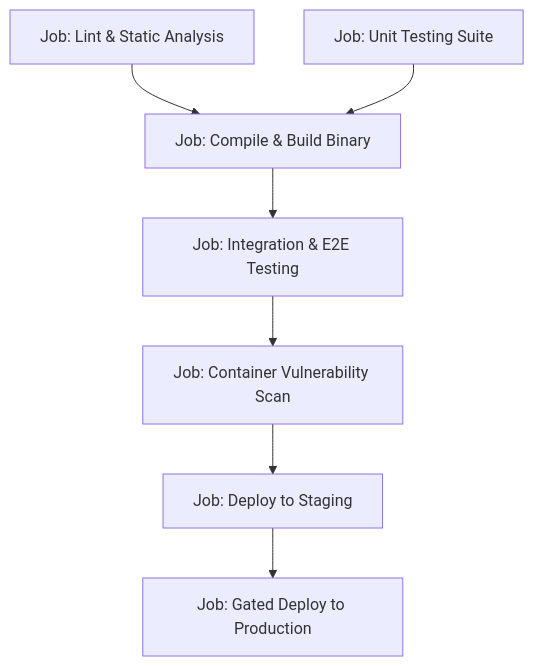
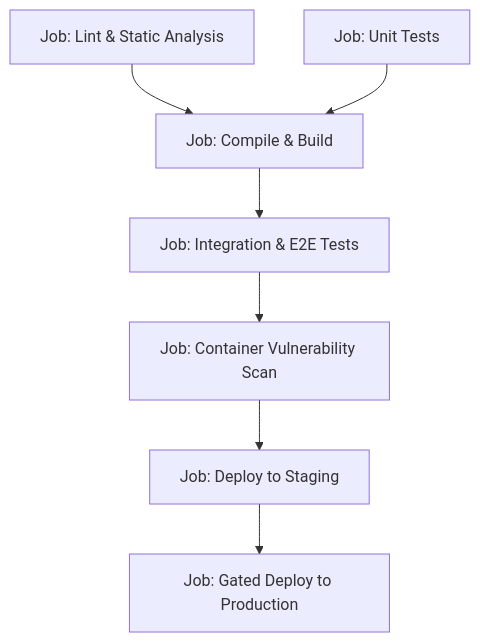
Diagram 15 of 27 in README.md (TheLearningHubOrg/learn-github-actions), drawn with Mermaid before and after one commit. The commit also changed other lines of this file and 39 other files, not shown here.

````diff
--- a/README.md
+++ b/README.md
@@ -292,9 +1252,9 @@
 ```mermaid
 graph TD
-    Lint["Job: Lint & Static Analysis"] --> Build["Job: Compile & Build Binary"]
-    Unit["Job: Unit Testing Suite"] --> Build
-    Build --> Integration["Job: Integration & E2E Testing"]
+    Lint["Job: Lint & Static Analysis"] --> Build["Job: Compile & Build"]
+    Unit["Job: Unit Tests"] --> Build
+    Build --> Integration["Job: Integration & E2E Tests"]
     Integration --> Security["Job: Container Vulnerability Scan"]
     Security --> DeployStaging["Job: Deploy to Staging"]
     DeployStaging --> DeployProd["Job: Gated Deploy to Production"]
 ```
````
